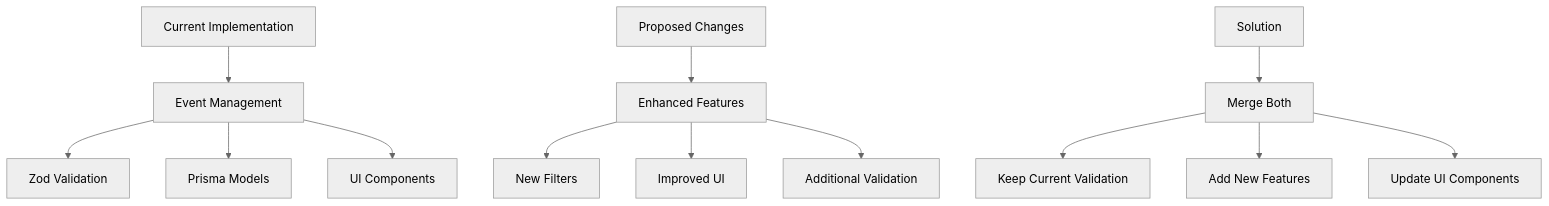
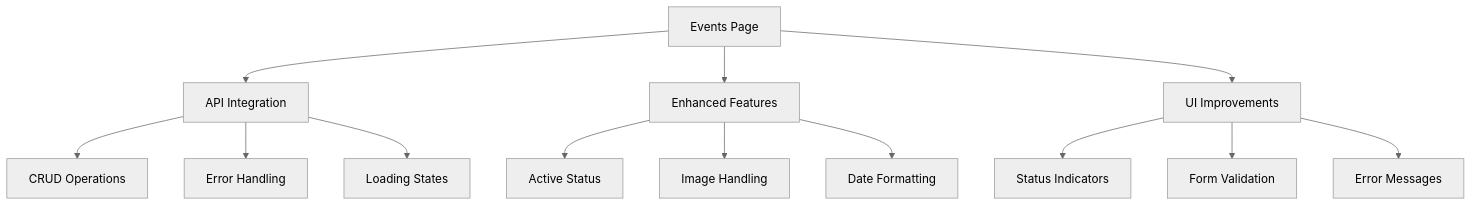
One commit to THE-AI-REAL-ESTATE-INVESTOR/0ne52bar changed the first of 3 diagrams in _DEV_MAN/ISSUES/pending/merge-conflict-analysis.md. Above: the diagram before and after it, drawn with Mermaid (neutral theme). The commit also changed other lines of this file, not shown here.

Commit message:
docs: update merge conflict analysis with events page resolution

````diff
--- a/_DEV_MAN/ISSUES/pending/merge-conflict-analysis.md
+++ b/_DEV_MAN/ISSUES/pending/merge-conflict-analysis.md
@@ -58,17 +59,18 @@
 ```mermaid
 graph TD
-    A[Current Implementation] --> B[Event Management]
-    B --> C[Zod Validation]
-    B --> D[Prisma Models]
-    B --> E[UI Components]
+    A[Events Page] --> B[API Integration]
+    A --> C[Enhanced Features]
+    A --> D[UI Improvements]
     
-    F[Proposed Changes] --> G[Enhanced Features]
-    G --> H[New Filters]
-    G --> I[Improved UI]
-    G --> J[Additional Validation]
+    B --> B1[CRUD Operations]
+    B --> B2[Error Handling]
+    B --> B3[Loading States]
     
-    K[Solution] --> L[Merge Both]
-    L --> M[Keep Current Validation]
-    L --> N[Add New Features]
-    L --> O[Update UI Components]
+    C --> C1[Active Status]
+    C --> C2[Image Handling]
+    C --> C3[Date Formatting]
+    
+    D --> D1[Status Indicators]
+    D --> D2[Form Validation]
+    D --> D3[Error Messages]
 ```
````
